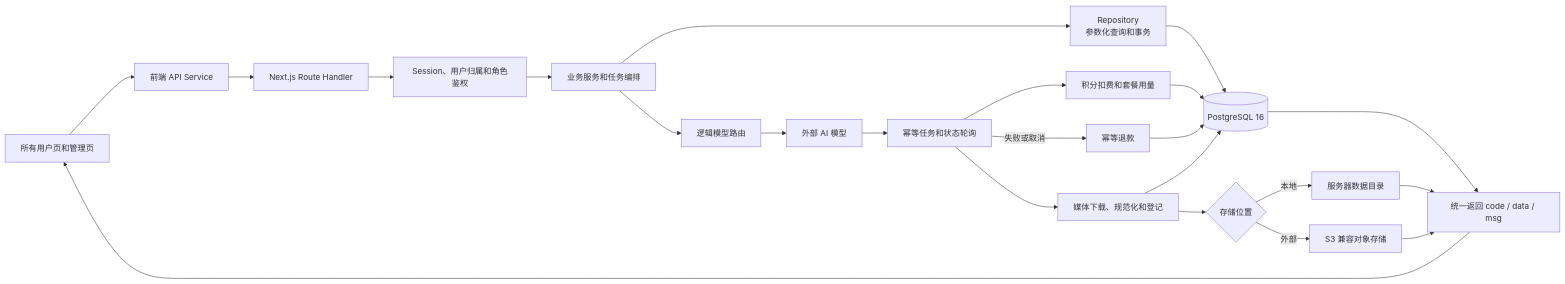
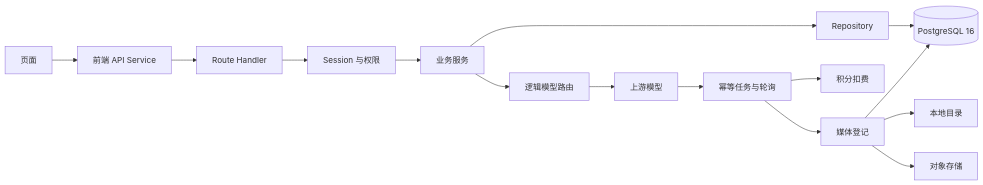
Before and after one commit to jiujiu532/JoveCanvas: the ninth of 9 diagrams in README.md, drawn with Mermaid. The commit also changed other lines of this file and 1 other file, not shown here.

````diff
--- a/README.md
+++ b/README.md
@@ -351,31 +272,17 @@
 ```mermaid
 flowchart LR
-    PAGE["所有用户页和管理页"] --> CLIENT["前端 API Service"]
-    CLIENT --> ROUTE["Next.js Route Handler"]
-    ROUTE --> AUTH["Session、用户归属和角色鉴权"]
-    AUTH --> SERVICE["业务服务和任务编排"]
-
-    SERVICE --> REPO["Repository<br/>参数化查询和事务"]
+    PAGE["页面"] --> CLIENT["前端 API Service"]
+    CLIENT --> ROUTE["Route Handler"]
+    ROUTE --> AUTH["Session 与权限"]
+    AUTH --> SERVICE["业务服务"]
+    SERVICE --> REPO["Repository"]
     REPO --> PG[("PostgreSQL 16")]
-
     SERVICE --> ROUTER["逻辑模型路由"]
-    ROUTER --> PROVIDER["外部 AI 模型"]
-    PROVIDER --> TASK["幂等任务和状态轮询"]
-
-    TASK --> BILLING["积分扣费和套餐用量"]
-    BILLING --> PG
-
-    TASK -->|失败或取消| REFUND["幂等退款"]
-    REFUND --> PG
-
-    TASK --> MEDIA["媒体下载、规范化和登记"]
-    MEDIA --> SWITCH{"存储位置"}
-    SWITCH -->|本地| LOCAL["服务器数据目录"]
-    SWITCH -->|外部| S3["S3 兼容对象存储"]
+    ROUTER --> PROVIDER["上游模型"]
+    PROVIDER --> TASK["幂等任务与轮询"]
+    TASK --> BILLING["积分扣费"]
+    TASK --> MEDIA["媒体登记"]
+    MEDIA --> LOCAL["本地目录"]
+    MEDIA --> S3["对象存储"]
     MEDIA --> PG
-
-    PG --> RESPONSE["统一返回 code / data / msg"]
-    LOCAL --> RESPONSE
-    S3 --> RESPONSE
-    RESPONSE --> PAGE
 ```
````
